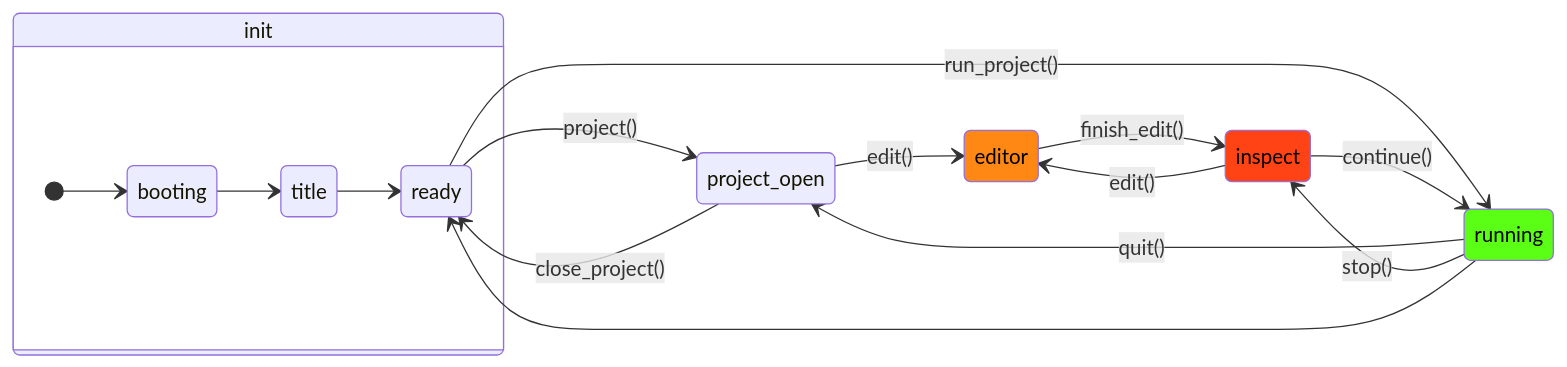
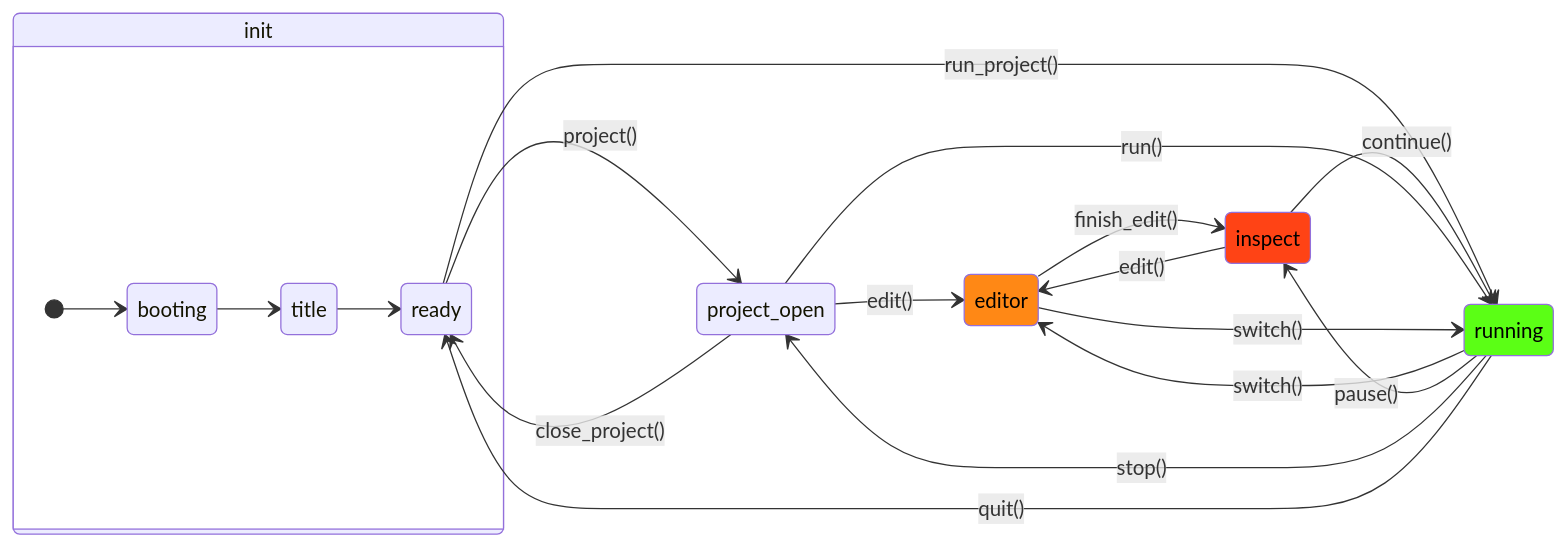
One commit to nagydani/loveputer changed the diagram in doc/mermaid/fsm.md. Above: the diagram before and after it, drawn with Mermaid. The commit also changed 1 other file, not shown here.

Commit message:
doc: update state diagrams

````diff
--- a/doc/mermaid/fsm.md
+++ b/doc/mermaid/fsm.md
@@ -1,32 +1,35 @@
 ```mermaid
 stateDiagram-v2
   direction LR
 
   classDef editorStyle fill:#FF8815, color:#000;
   class editor editorStyle
   classDef inspectStyle fill:#FF4315, color:#000;
   class inspect inspectStyle
   classDef runStyle fill:#5BFF15, color:#000;
   class running runStyle
 
   %% linkStyle default stroke:red
   %% linkStyle 0 stroke-width:4px,stroke:green
   %% linkStyle 3 stroke:blue
   %% linkStyle 4 stroke:blue
 
   state init {
     [*] --> booting
     booting --> title
     title --> ready
   }
   ready --> project_open     : project()
   ready --> running          : run_project()
-  running --> project_open   : quit()
-  running --> inspect        : stop()
+  running --> editor         : switch()
   inspect --> running        : continue()
-  running --> ready
+  editor --> inspect         : finish_edit()
+  running --> inspect        : pause()
+  running --> project_open   : stop()
+  running --> ready          : quit()
   project_open --> ready     : close_project()
   project_open --> editor    : edit()
+  project_open --> running   : run()
   inspect --> editor         : edit()
-  editor --> inspect         : finish_edit()
+  editor  --> running        : switch()
 ```
````
